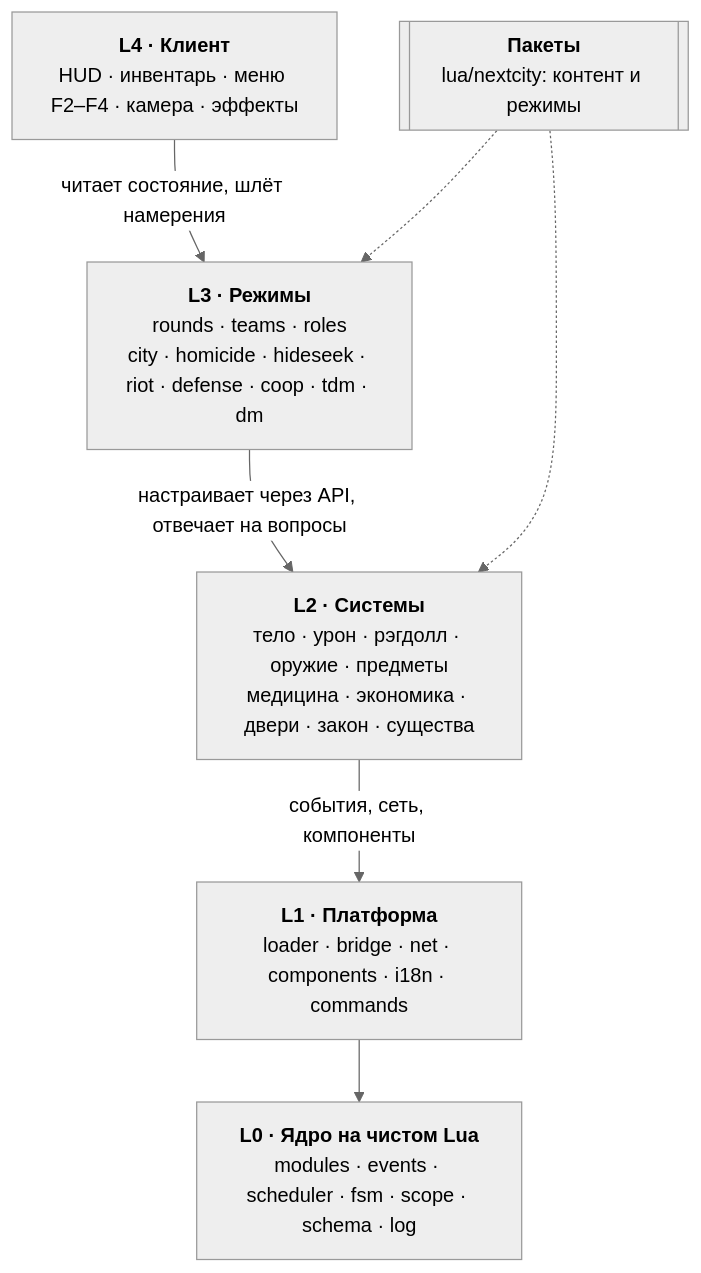
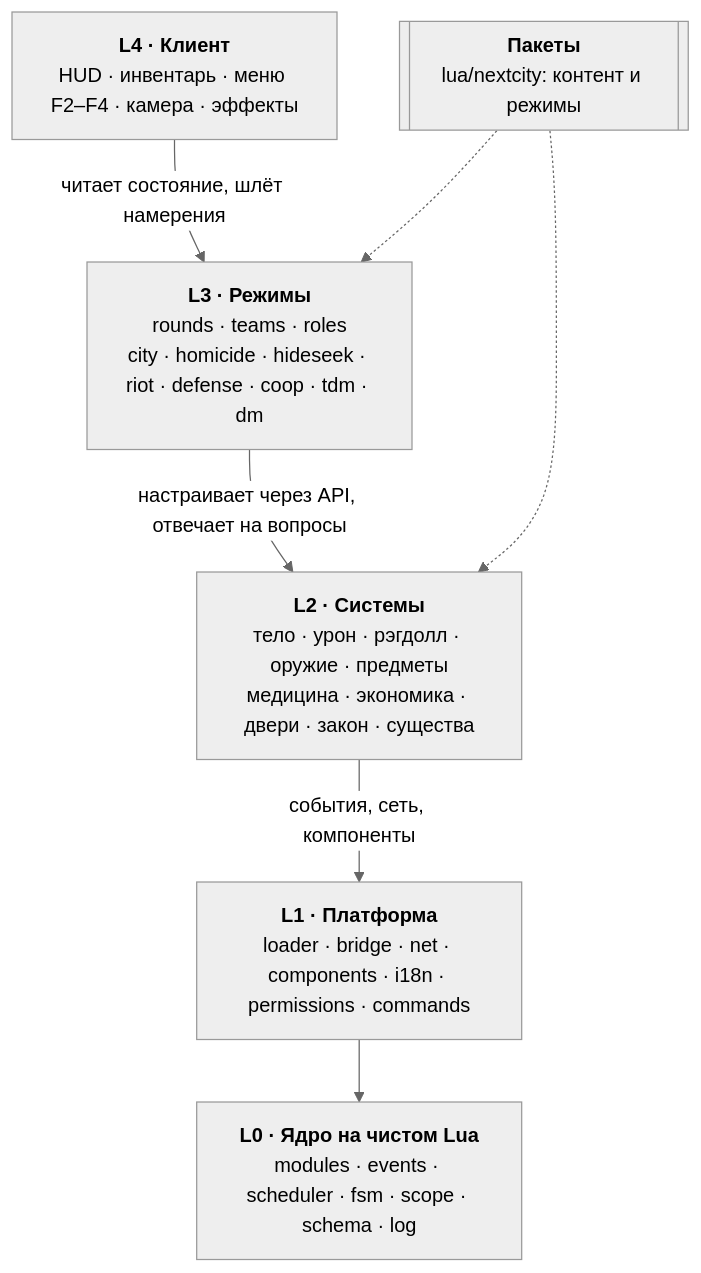
One commit to vovawees/Next-City changed the second of 4 diagrams in README.md. Above: the diagram before and after it, drawn with Mermaid (neutral theme). The commit also changed other lines of this file and 29 other files, not shown here.

````diff
--- a/README.md
+++ b/README.md
@@ -209,15 +214,15 @@
 ```mermaid
 flowchart TB
   L4["<b>L4 · Клиент</b><br/>HUD · инвентарь · меню F2–F4 · камера · эффекты"]
   L3["<b>L3 · Режимы</b><br/>rounds · teams · roles<br/>city · homicide · hideseek · riot · defense · coop · tdm · dm"]
   L2["<b>L2 · Системы</b><br/>тело · урон · рэгдолл · оружие · предметы<br/>медицина · экономика · двери · закон · существа"]
-  L1["<b>L1 · Платформа</b><br/>loader · bridge · net · components · i18n · commands"]
+  L1["<b>L1 · Платформа</b><br/>loader · bridge · net · components · i18n · permissions · commands"]
   L0["<b>L0 · Ядро на чистом Lua</b><br/>modules · events · scheduler · fsm · scope · schema · log"]
   PKG[["<b>Пакеты</b><br/>lua/nextcity: контент и режимы"]]
   L4 -->|"читает состояние, шлёт намерения"| L3
   L3 -->|"настраивает через API, отвечает на вопросы"| L2
   L2 -->|"события, сеть, компоненты"| L1
   L1 --> L0
   PKG -.-> L3
   PKG -.-> L2
 ```
````
